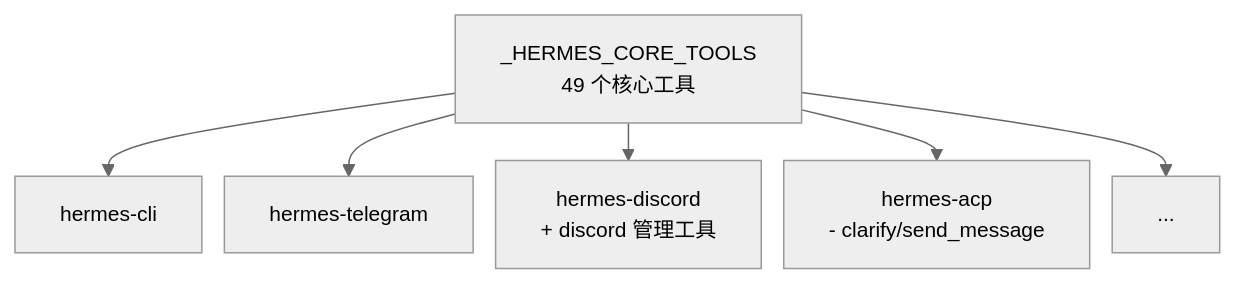
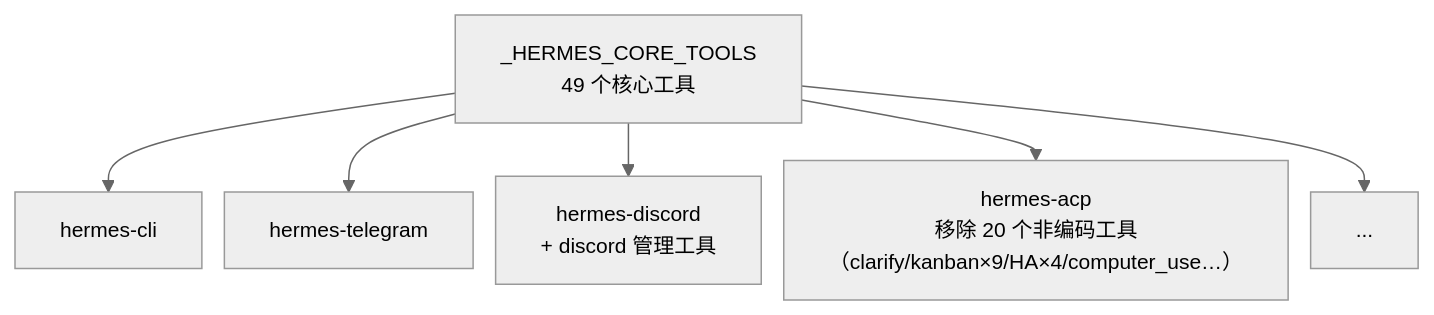
Before and after one commit to fang-lin/hermes-agent-code-analysis: the third of 5 diagrams in docs/zh/03-工具系统.md, drawn with Mermaid. The commit also changed 1 other file, not shown here.

Commit message:
06 章事实审核修正 12 处 + 连带修 03 章工具集图
能力级修正 3 处：
- hermes-acp 工具集：49→29 移除 20 个非编码工具，零新增；send_message 从来不是 agent 工具
- messages_send 是直接出站通路，无 Agent 执行/审批环节（原文'不能绕过任何安全机制'不成立）
- permissions_list_open/respond 事件源未接线（_pending_approvals 无生产写入点），标注功能缺口

行号/编号修正：pyproject :310、session_cwd :660、入队/出队 1374-1377/1647-1660、
中断抑制 1606-1609+1677、mtime 460-467、迁移 PR #9006（#8925 是旧 bug）、
contextvar 定义在 tools/approval.py:68/78、V4A 范围 131-175

````diff
--- a/docs/zh/03-工具系统.md
+++ b/docs/zh/03-工具系统.md
@@ -206,9 +206,9 @@
 ```mermaid
 %%{init: {"theme": "neutral", "themeVariables": {"fontSize": "14px"}, "flowchart": {"nodeSpacing": 15, "rankSpacing": 25}}}%%
 graph TD
     CORE["_HERMES_CORE_TOOLS<br/>49 个核心工具"] --> CLI["hermes-cli"]
     CORE --> TG["hermes-telegram"]
     CORE --> DC["hermes-discord<br/>+ discord 管理工具"]
-    CORE --> ACP["hermes-acp<br/>- clarify/send_message"]
+    CORE --> ACP["hermes-acp<br/>移除 20 个非编码工具<br/>（clarify/kanban×9/HA×4/computer_use…）"]
     CORE --> MORE["..."]
 ```
````
